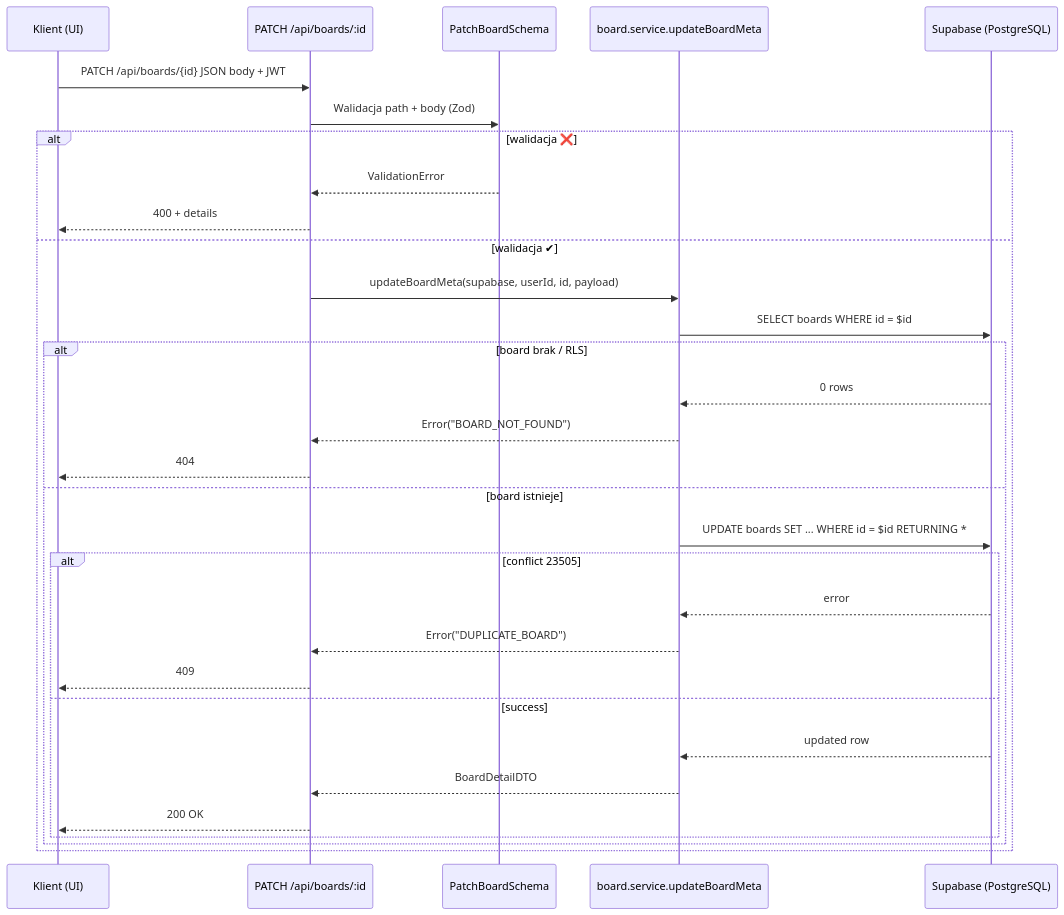
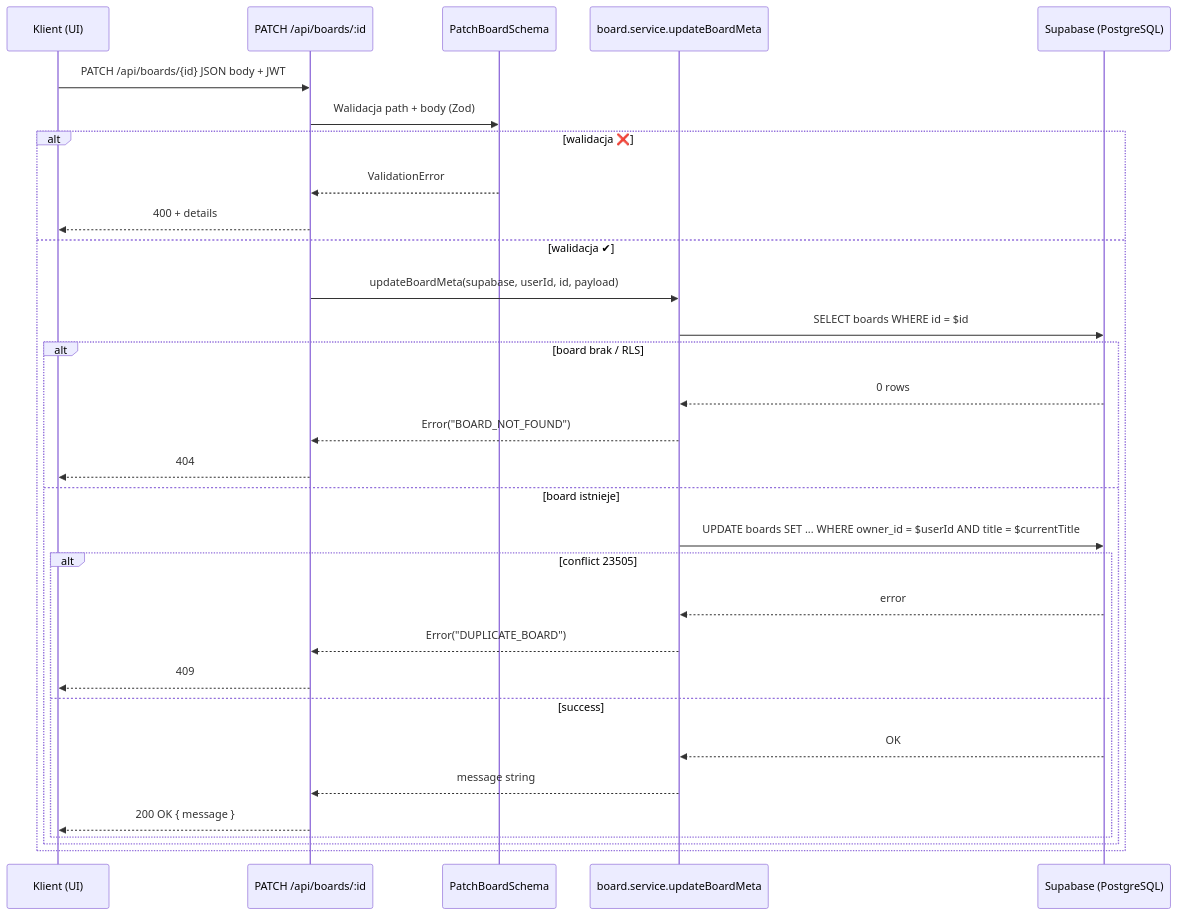
Before and after one commit to TomekSzc/definition_quest: the diagram in .ai/backend/patch-board-meta-endpoint-plan.md, drawn with Mermaid. The commit also changed other lines of this file, not shown here.

Commit message:
feat: updated patch board meta plan

````diff
--- a/.ai/backend/patch-board-meta-endpoint-plan.md
+++ b/.ai/backend/patch-board-meta-endpoint-plan.md
@@ -67,34 +80,34 @@
 ```mermaid
 sequenceDiagram
   participant C as Klient (UI)
   participant R as PATCH /api/boards/:id
   participant V as PatchBoardSchema
   participant S as board.service.updateBoardMeta
   participant DB as Supabase (PostgreSQL)
 
   C->>R: PATCH /api/boards/{id} JSON body + JWT
   R->>V: Walidacja path + body (Zod)
   alt walidacja ❌
     V-->>R: ValidationError
     R-->>C: 400 + details
   else walidacja ✔
     R->>S: updateBoardMeta(supabase, userId, id, payload)
     S->>DB: SELECT boards WHERE id = $id
     alt board brak / RLS
       DB-->>S: 0 rows
       S-->>R: Error("BOARD_NOT_FOUND")
       R-->>C: 404
     else board istnieje
-      S->>DB: UPDATE boards SET ... WHERE id = $id RETURNING *
+      S->>DB: UPDATE boards SET ... WHERE owner_id = $userId AND title = $currentTitle
       alt conflict 23505
         DB-->>S: error
         S-->>R: Error("DUPLICATE_BOARD")
         R-->>C: 409
       else success
-        DB-->>S: updated row
-        S-->>R: BoardDetailDTO
-        R-->>C: 200 OK
+        DB-->>S: OK
+        S-->>R: message string
+        R-->>C: 200 OK { message }
       end
     end
   end
 ```
````
